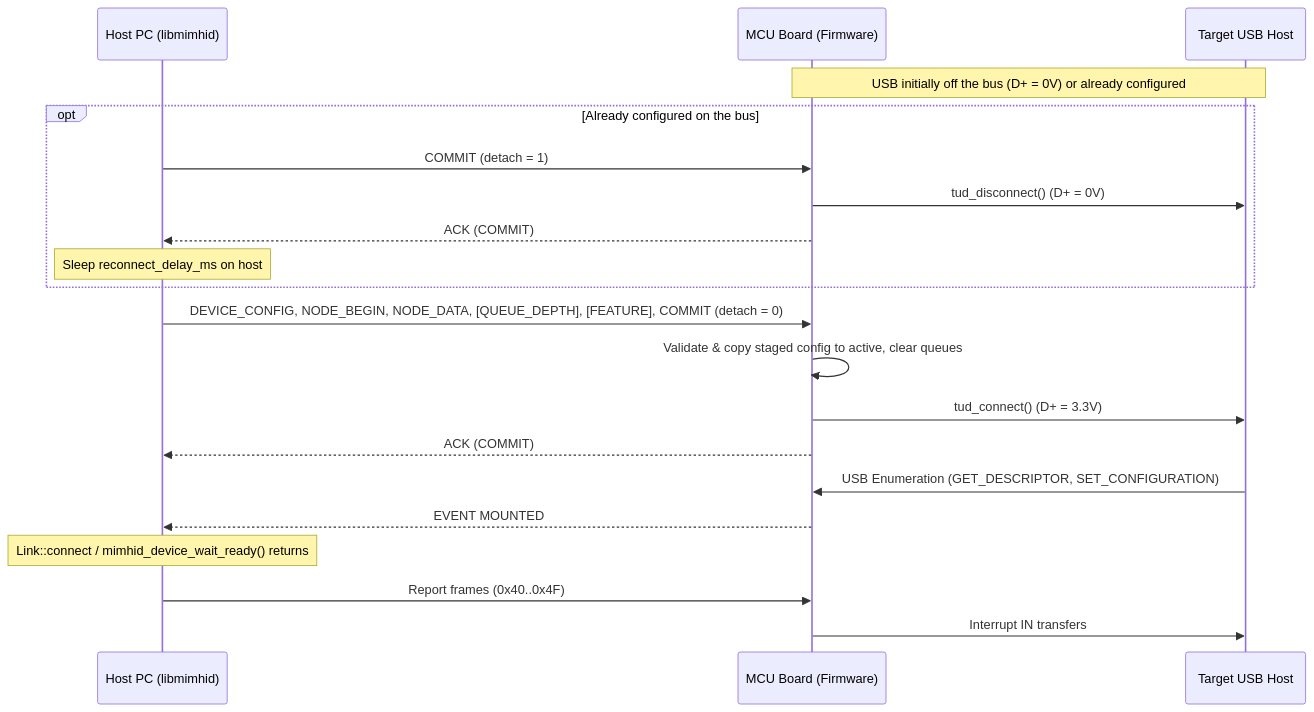
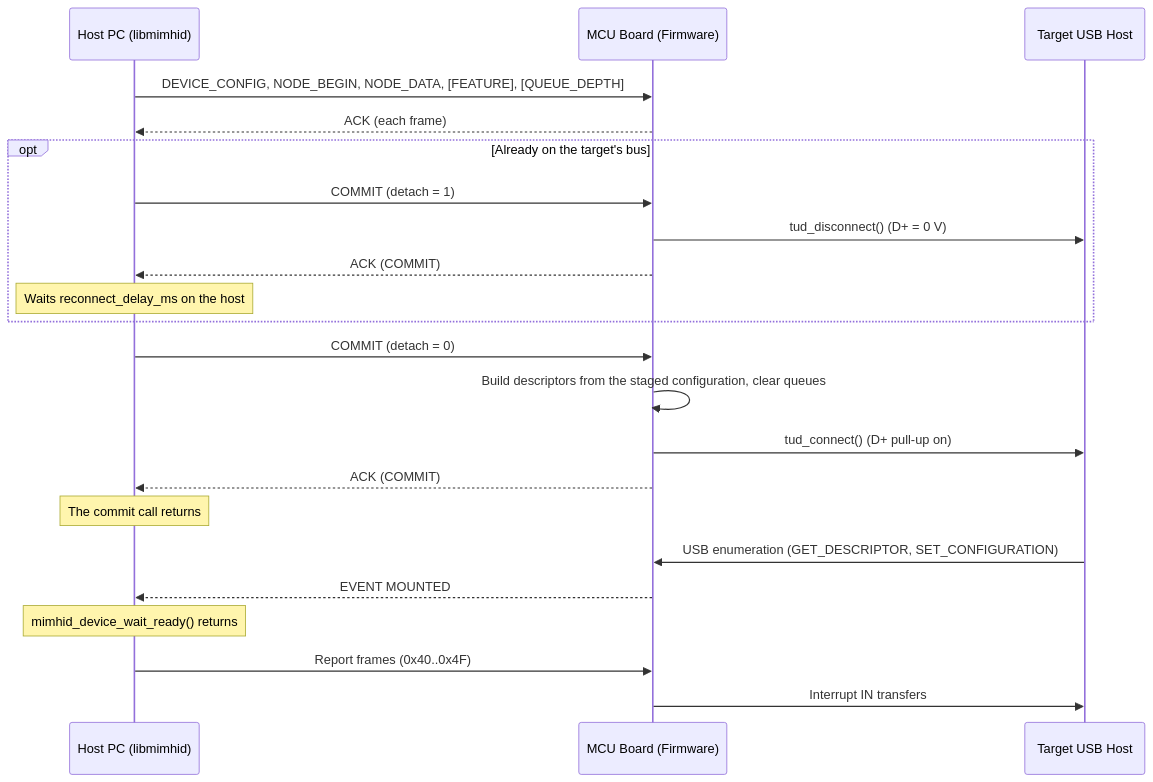
The second of 2 diagrams in docs/ARCHITECTURE.md (nemarpuc/libmimhid), drawn with Mermaid before and after one commit. The commit also changed other lines of this file, not shown here.

First line of the commit message:
docs(ARCHITECTURE): follow commit_device and the firmware's split, record only recorded reasons

````diff
--- a/docs/ARCHITECTURE.md
+++ b/docs/ARCHITECTURE.md
@@ -72,23 +73,25 @@
 ```mermaid
 sequenceDiagram
     participant Host as Host PC (libmimhid)
     participant Board as MCU Board (Firmware)
     participant Target as Target USB Host
 
-    Note over Board,Target: USB initially off the bus (D+ = 0V) or already configured
-    opt Already configured on the bus
+    Host->>Board: DEVICE_CONFIG, NODE_BEGIN, NODE_DATA, [FEATURE], [QUEUE_DEPTH]
+    Board-->>Host: ACK (each frame)
+    opt Already on the target's bus
         Host->>Board: COMMIT (detach = 1)
-        Board->>Target: tud_disconnect() (D+ = 0V)
+        Board->>Target: tud_disconnect() (D+ = 0 V)
         Board-->>Host: ACK (COMMIT)
-        Note over Host: Sleep reconnect_delay_ms on host
+        Note over Host: Waits reconnect_delay_ms on the host
     end
-    Host->>Board: DEVICE_CONFIG, NODE_BEGIN, NODE_DATA, [QUEUE_DEPTH], [FEATURE], COMMIT (detach = 0)
-    Board->>Board: Validate & copy staged config to active, clear queues
-    Board->>Target: tud_connect() (D+ = 3.3V)
+    Host->>Board: COMMIT (detach = 0)
+    Board->>Board: Build descriptors from the staged configuration, clear queues
+    Board->>Target: tud_connect() (D+ pull-up on)
     Board-->>Host: ACK (COMMIT)
-    Target->>Board: USB Enumeration (GET_DESCRIPTOR, SET_CONFIGURATION)
+    Note over Host: The commit call returns
+    Target->>Board: USB enumeration (GET_DESCRIPTOR, SET_CONFIGURATION)
     Board-->>Host: EVENT MOUNTED
-    Note over Host: Link::connect / mimhid_device_wait_ready() returns
+    Note over Host: mimhid_device_wait_ready() returns
     Host->>Board: Report frames (0x40..0x4F)
     Board->>Target: Interrupt IN transfers
 ```
````
